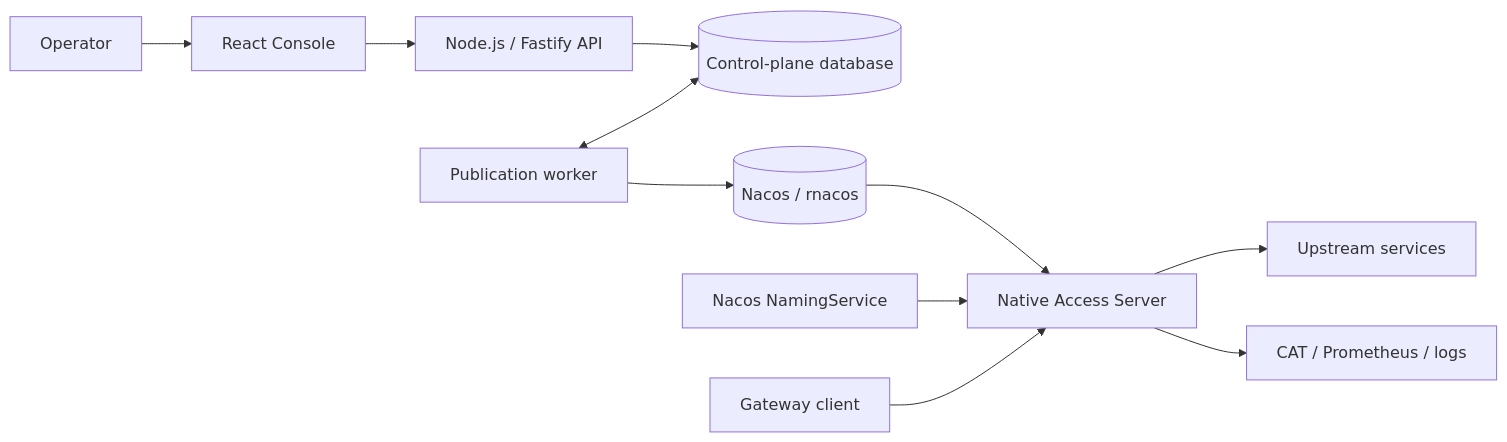
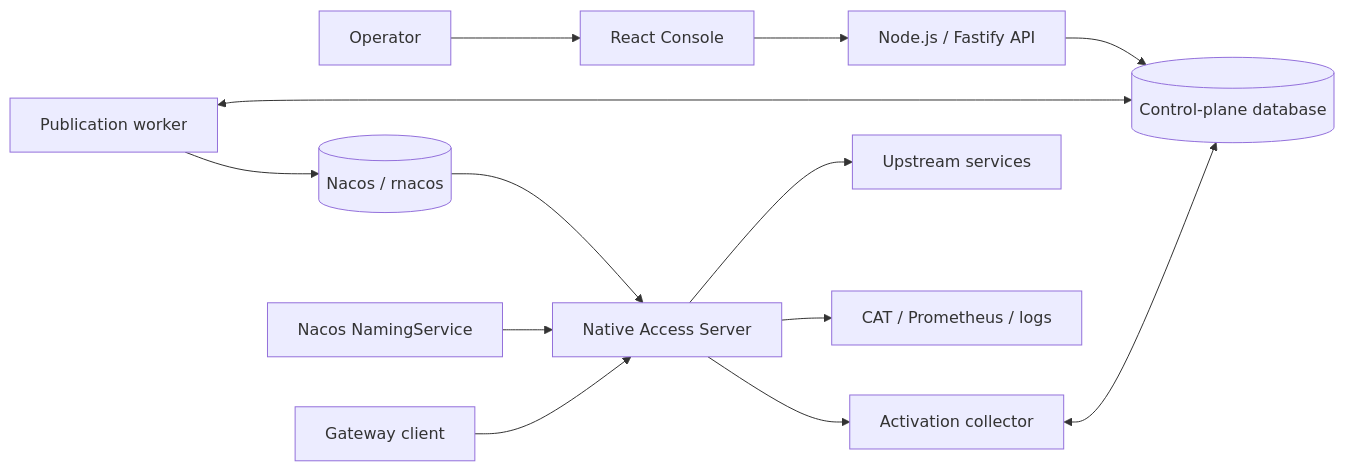
The diagram in README.md (fiber-net-gateway/access-gateway), drawn with Mermaid before and after one commit. The commit also changed other lines of this file and 92 other files, not shown here.

Commit message:
feat(access-server): expose instance activation evidence

````diff
--- a/README.md
+++ b/README.md
@@ -39,13 +40,15 @@
 ```mermaid
 flowchart LR
     User[Operator] --> Web[React Console]
     Web --> API[Node.js / Fastify API]
     API --> DB[(Control-plane database)]
     Worker[Publication worker] <--> DB
+    Collector[Activation collector] <--> DB
     Worker --> Nacos[(Nacos / rnacos)]
     Nacos --> Access[Native Access Server]
+    Access --> Collector
     Discovery[Nacos NamingService] --> Access
     Client[Gateway client] --> Access
     Access --> Upstream[Upstream services]
     Access --> Obs[CAT / Prometheus / logs]
 ```
````
